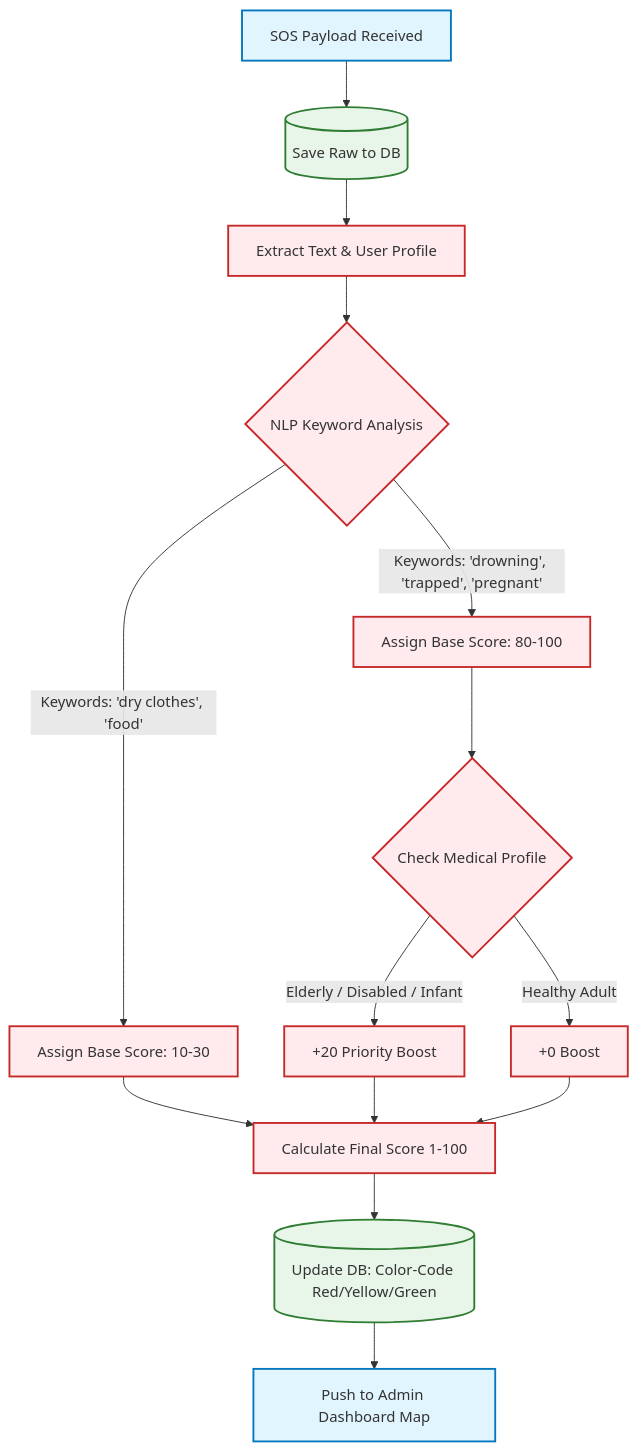
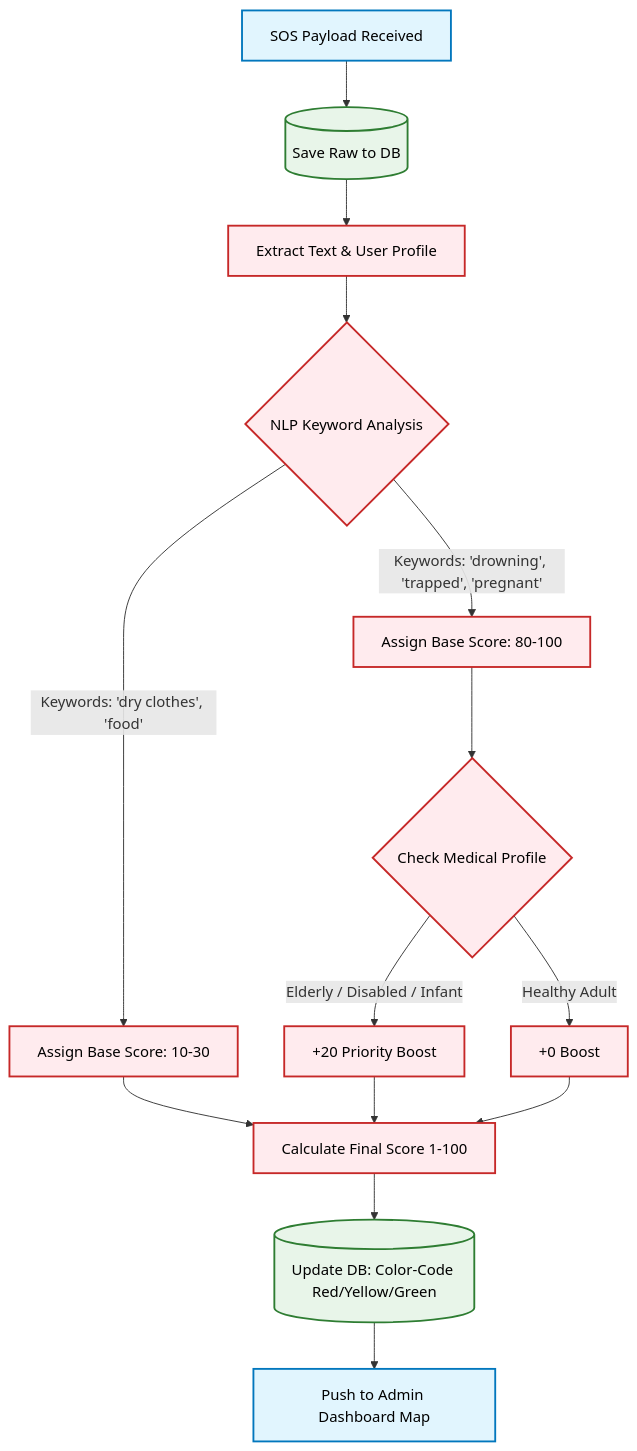
The third of 10 diagrams in README.md (MrinallSamal-byte/SIH), drawn with Mermaid before and after one commit. The commit also changed other lines of this file, not shown here.

Commit message:
fix: Add explicit dark text color (color:#000000) to all Mermaid classDef nodes for 100% high contrast visibility in Dark Mode

````diff
--- a/README.md
+++ b/README.md
@@ -102,24 +102,24 @@
 ```mermaid
 graph TD
-    classDef input fill:#e1f5fe,stroke:#0277bd,stroke-width:2px;
-    classDef ai fill:#ffebee,stroke:#c62828,stroke-width:2px;
-    classDef db fill:#e8f5e9,stroke:#2e7d32,stroke-width:2px;
+    classDef input fill:#e1f5fe,stroke:#0277bd,stroke-width:2px,color:#000000;
+    classDef ai fill:#ffebee,stroke:#c62828,stroke-width:2px,color:#000000;
+    classDef db fill:#e8f5e9,stroke:#2e7d32,stroke-width:2px,color:#000000;
 
     SOS[SOS Payload Received]:::input --> DB[(Save Raw to DB)]:::db
     DB --> Extract[Extract Text & User Profile]:::ai
     
     Extract --> NLP{NLP Keyword Analysis}:::ai
     NLP -->|"Keywords: 'drowning', 'trapped', 'pregnant'"| HighScore[Assign Base Score: 80-100]:::ai
     NLP -->|"Keywords: 'dry clothes', 'food'"| LowScore[Assign Base Score: 10-30]:::ai
     
     HighScore --> ProfileCheck{Check Medical Profile}:::ai
     ProfileCheck -->|Elderly / Disabled / Infant| BoostScore[+20 Priority Boost]:::ai
     ProfileCheck -->|Healthy Adult| NoBoost[+0 Boost]:::ai
     
     LowScore --> FinalCalc
     BoostScore --> FinalCalc[Calculate Final Score 1-100]:::ai
     NoBoost --> FinalCalc
     
     FinalCalc --> UpdateDB[(Update DB: Color-Code Red/Yellow/Green)]:::db
     UpdateDB --> Dashboard[Push to Admin Dashboard Map]:::input
 ```
````
